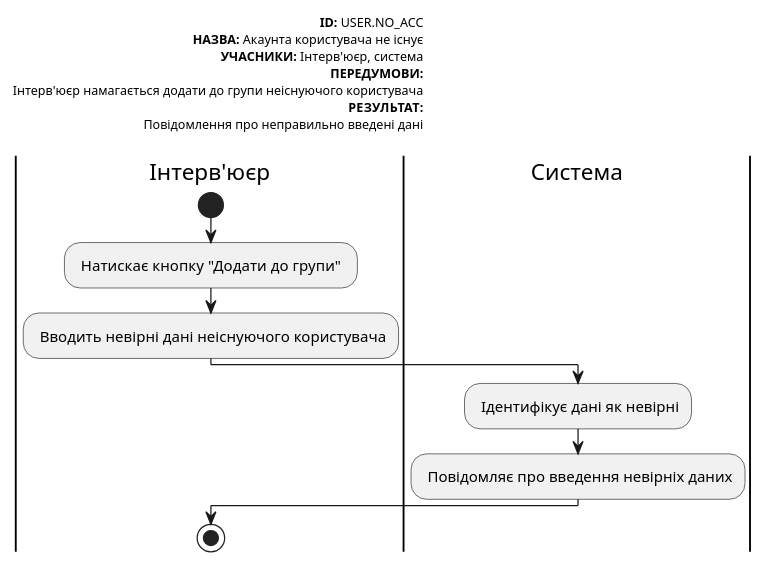
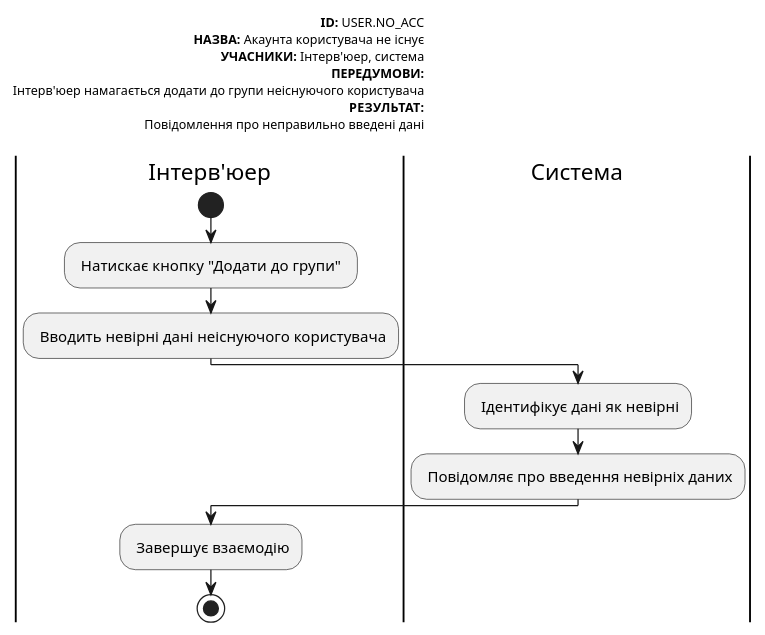
Diagram 20 of 22 in docs/use cases/README.md (michigang1/ImForms), drawn with PlantUML before and after one commit. The commit also changed other lines of this file, not shown here.

```diff
--- a/docs/use cases/README.md
+++ b/docs/use cases/README.md
@@ -629,24 +627,25 @@
 @startuml
 left header
 <font color=000 size=10><b>ID:</b> USER.NO_ACC
 <font color=000 size=10><b>НАЗВА:</b> Акаунта користувача не існує  
-<font color=000 size=10><b>УЧАСНИКИ:</b> Інтерв'юєр, система
+<font color=000 size=10><b>УЧАСНИКИ:</b> Інтерв'юер, система
 <font color=000 size=10><b>ПЕРЕДУМОВИ:</b>
-<font color=000 size=10> Інтерв'юєр намагається додати до групи неіснуючого користувача
+<font color=000 size=10> Інтерв'юер намагається додати до групи неіснуючого користувача
 <font color=000 size=10><b>РЕЗУЛЬТАТ:</b>
 <font color=000 size=10> Повідомлення про неправильно введені дані
 
 end header
 
-|Інтерв'юєр|
+|Інтерв'юер|
         start
         : Натискає кнопку "Додати до групи" ;
         : Вводить невірні дані неіснуючого користувача;
 
 |Система|
         : Ідентифікує дані як невірні;
         : Повідомляє про введення невірніх даних;
 
-|Інтерв'юєр|
+|Інтерв'юер|
+       : Завершує взаємодію;
         stop;
 @enduml
```
